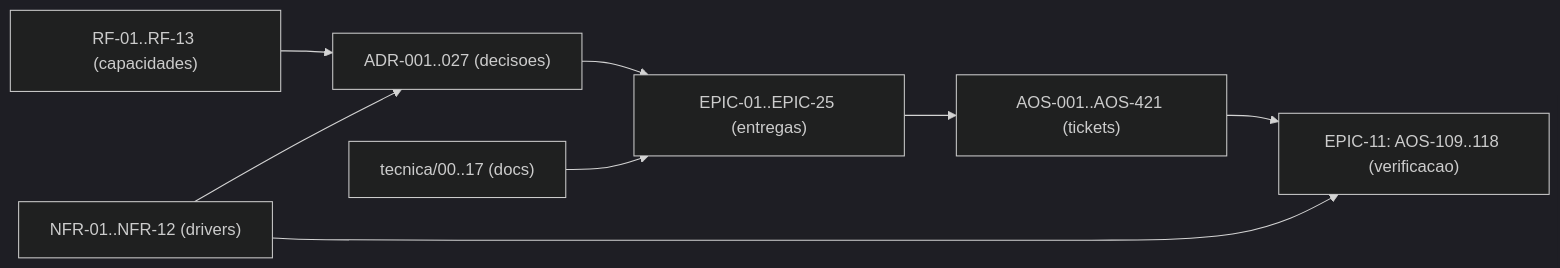
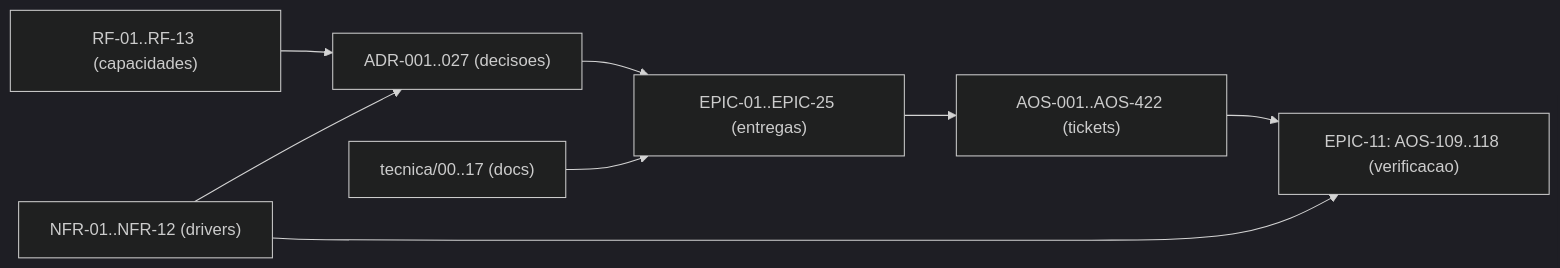
Before and after one commit to albinoJimy/aos: the diagram in tecnica/16_Rastreabilidade_RTM.md, drawn with Mermaid (dark theme). The commit also changed other lines of this file and 6 other files, not shown here.

````diff
--- a/tecnica/16_Rastreabilidade_RTM.md
+++ b/tecnica/16_Rastreabilidade_RTM.md
@@ -186,10 +186,10 @@
 ```mermaid
 flowchart LR
     RF["RF-01..RF-13 (capacidades)"] --> ADR["ADR-001..027 (decisoes)"]
     NFR["NFR-01..NFR-12 (drivers)"] --> ADR
     ADR --> EPIC["EPIC-01..EPIC-25 (entregas)"]
-    EPIC --> TICK["AOS-001..AOS-421 (tickets)"]
+    EPIC --> TICK["AOS-001..AOS-422 (tickets)"]
     DOC["tecnica/00..17 (docs)"] --> EPIC
     TICK --> TEST["EPIC-11: AOS-109..118 (verificacao)"]
     NFR --> TEST
 ```
````
